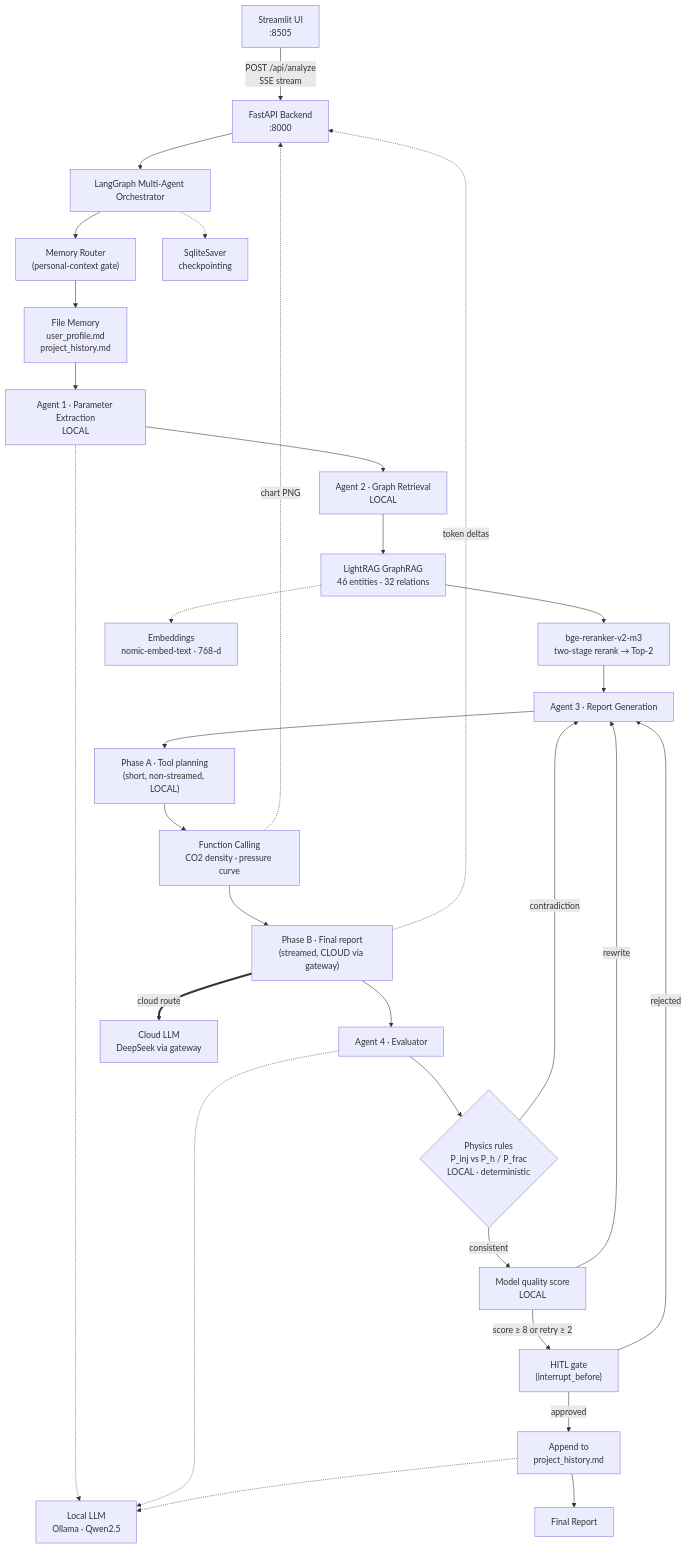
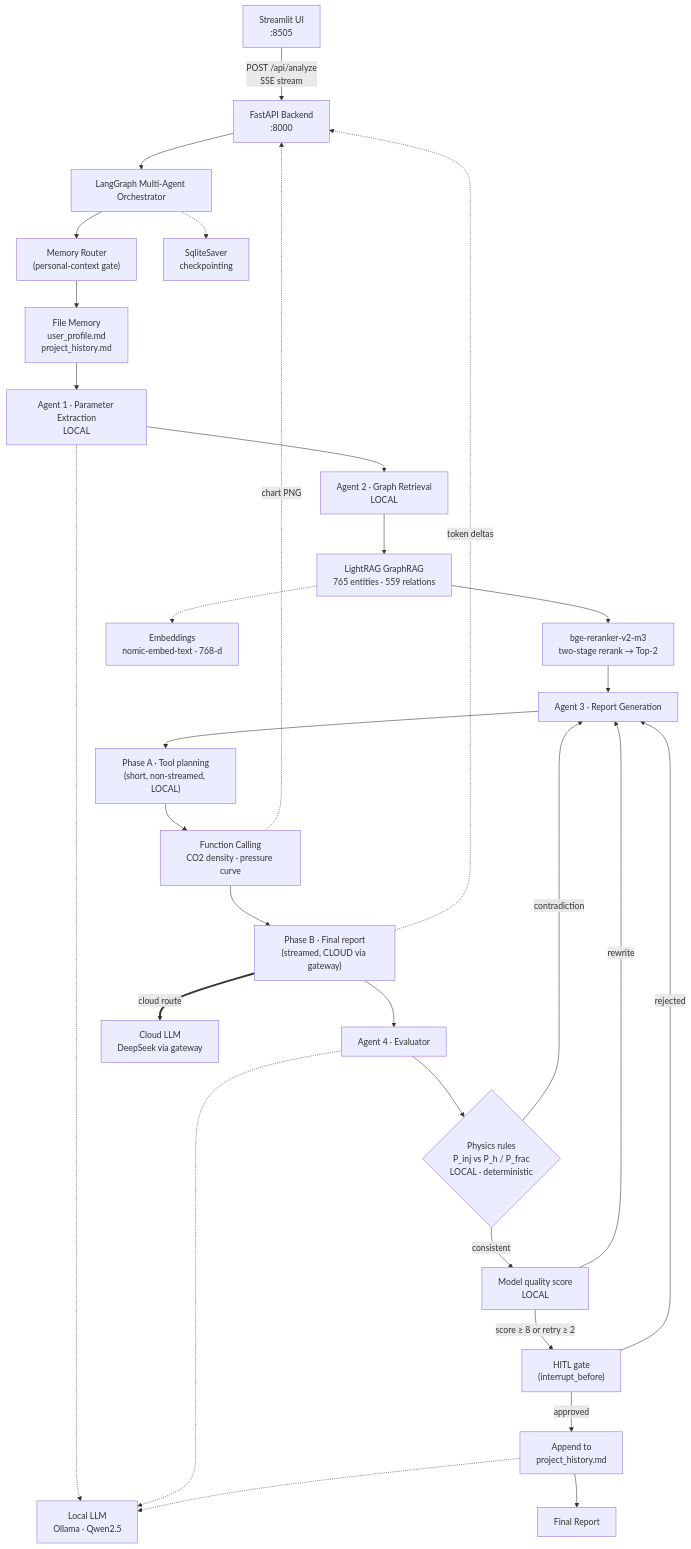
Before and after one commit to qinruizhang001-hash/petro-rag-agent: the diagram in README.md, drawn with Mermaid. The commit also changed other lines of this file and 19 other files, not shown here.

````diff
--- a/README.md
+++ b/README.md
@@ -86,37 +86,37 @@
 ```mermaid
 flowchart TD
     UI["Streamlit UI<br/>:8505"] -->|"POST /api/analyze<br/>SSE stream"| API["FastAPI Backend<br/>:8000"]
     API --> LG["LangGraph Multi-Agent Orchestrator"]
 
     LG --> MR["Memory Router<br/>(personal-context gate)"]
 
     MR --> FM["File Memory<br/>user_profile.md<br/>project_history.md"]
 
     FM --> EX["Agent 1 · Parameter Extraction<br/>LOCAL"]
     EX --> RT["Agent 2 · Graph Retrieval<br/>LOCAL"]
-    RT --> LR["LightRAG GraphRAG<br/>46 entities · 32 relations"]
+    RT --> LR["LightRAG GraphRAG<br/>765 entities · 559 relations"]
     LR --> RR["bge-reranker-v2-m3<br/>two-stage rerank → Top-2"]
     RR --> RP["Agent 3 · Report Generation"]
     RP --> PLAN["Phase A · Tool planning<br/>(short, non-streamed, LOCAL)"]
     PLAN --> FC["Function Calling<br/>CO2 density · pressure curve"]
     FC --> RP2["Phase B · Final report<br/>(streamed, CLOUD via gateway)"]
     RP2 --> EV["Agent 4 · Evaluator"]
     EV --> PH{"Physics rules<br/>P_inj vs P_h / P_frac<br/>LOCAL · deterministic"}
     PH -->|"contradiction"| RP
     PH -->|"consistent"| SC["Model quality score<br/>LOCAL"]
     SC -->|"score ≥ 8 or retry ≥ 2"| HG["HITL gate<br/>(interrupt_before)"]
     SC -->|"rewrite"| RP
     HG -->|"approved"| HM["Append to<br/>project_history.md"]
     HG -->|"rejected"| RP
     HM --> OUT["Final Report"]
 
     EX -.-> LOCAL["Local LLM<br/>Ollama · Qwen2.5"]
     EV -.-> LOCAL
     RP2 ==>|"cloud route"| CLOUD["Cloud LLM<br/>DeepSeek via gateway"]
     HM -.-> LOCAL
     LR -.-> EMB["Embeddings<br/>nomic-embed-text · 768-d"]
     LG -.-> CKPT["SqliteSaver<br/>checkpointing"]
 
     RP2 -.->|"token deltas"| API
     FC -.->|"chart PNG"| API
 ```
````
